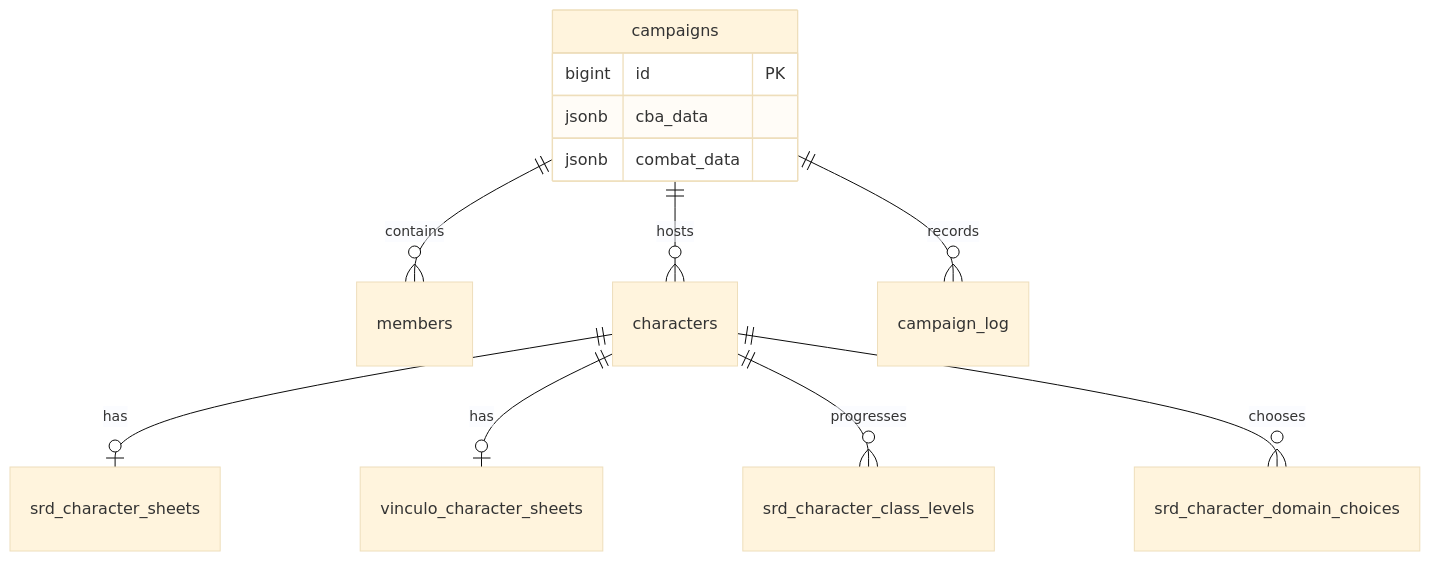
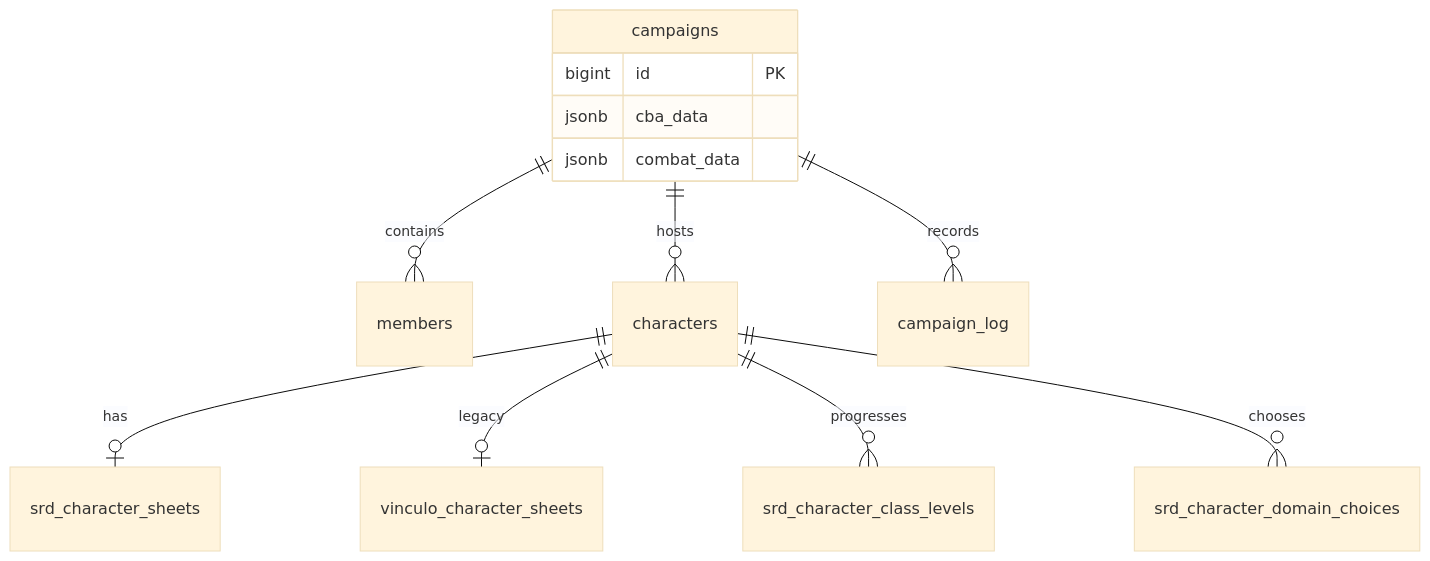
Before and after one commit to clubberblues/rpgvinculo: the diagram in docs/DATA_MODEL.md, drawn with Mermaid (base theme). The commit also changed other lines of this file, not shown here.

Commit message:
docs: mark Vínculo tables as legacy compatibility

````diff
--- a/docs/DATA_MODEL.md
+++ b/docs/DATA_MODEL.md
@@ -7,15 +9,15 @@
 ```mermaid
 erDiagram
   campaigns {
     bigint id PK
     jsonb cba_data
     jsonb combat_data
   }
   campaigns ||--o{ members : contains
   campaigns ||--o{ characters : hosts
   characters ||--o| srd_character_sheets : has
-  characters ||--o| vinculo_character_sheets : has
+  characters ||--o| vinculo_character_sheets : legacy
   characters ||--o{ srd_character_class_levels : progresses
   characters ||--o{ srd_character_domain_choices : chooses
   campaigns ||--o{ campaign_log : records
 ```
````
